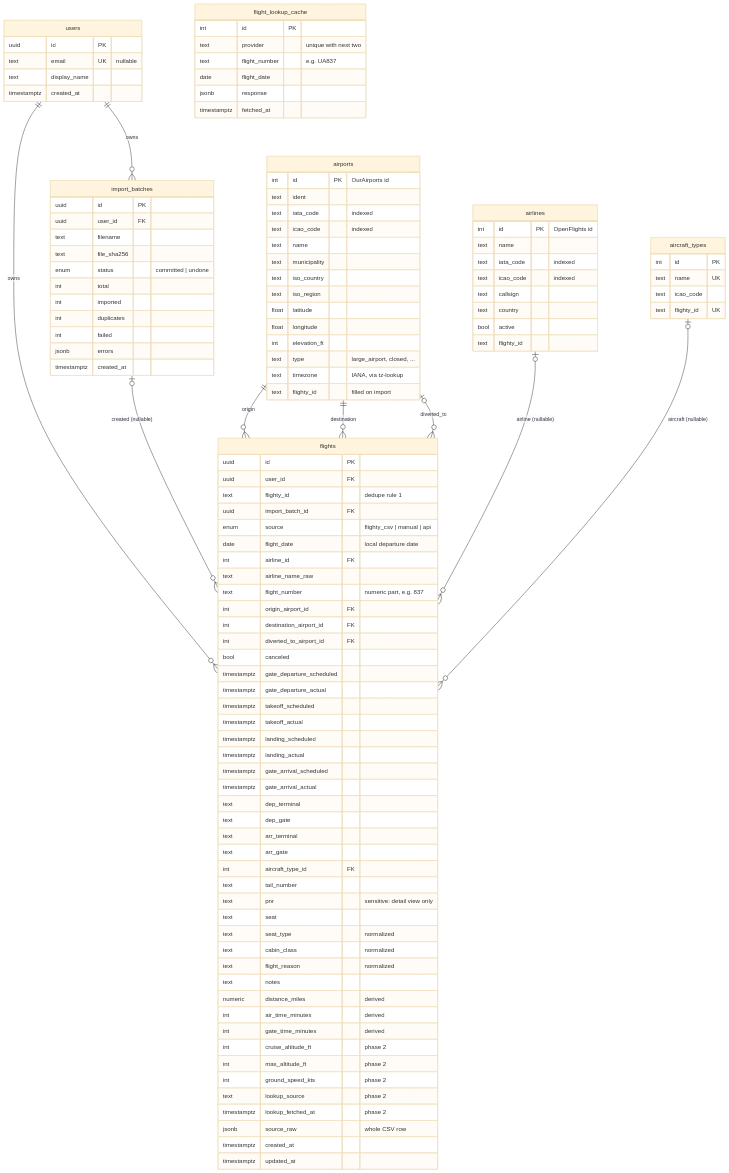
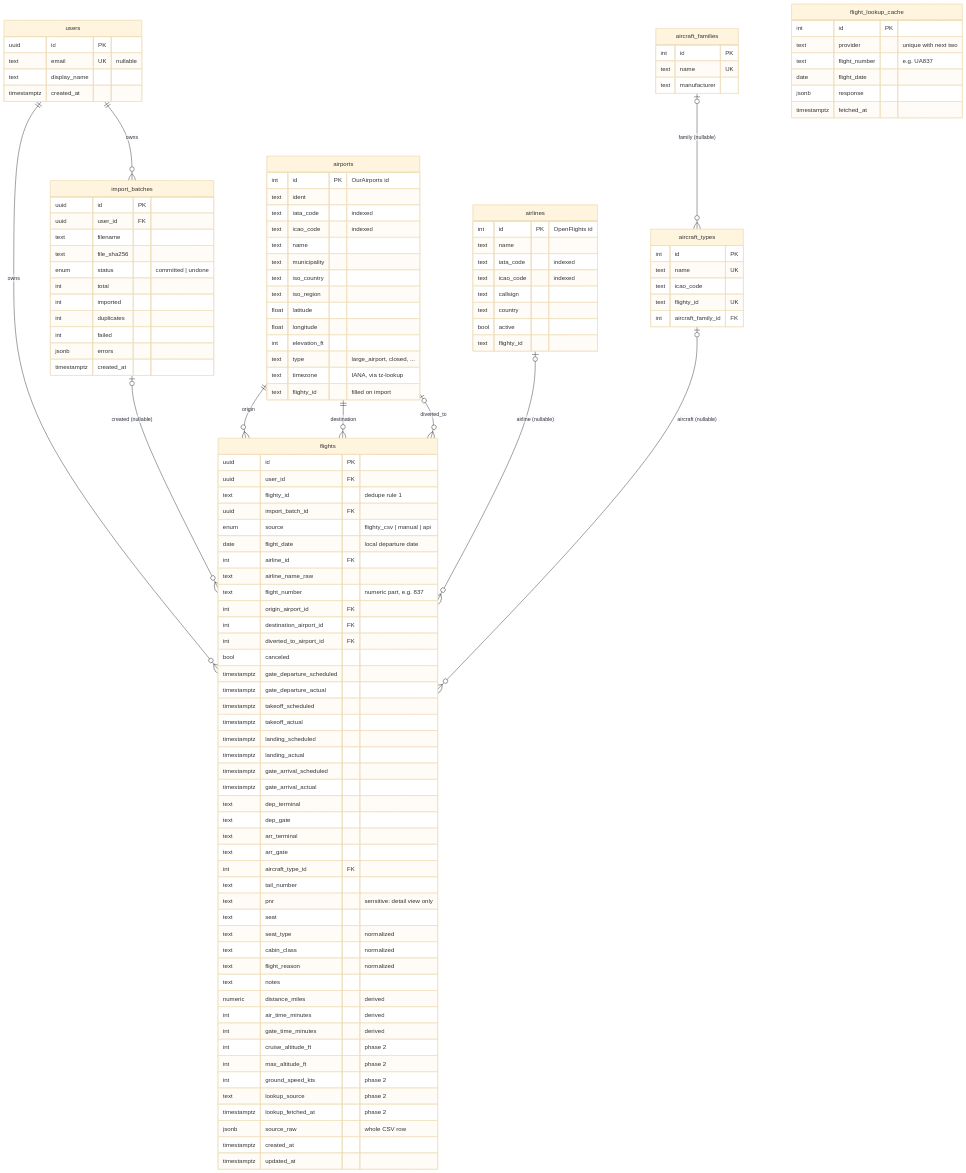
One commit to wyattmunson/flight-log changed the diagram in docs/data-model.md. Above: the diagram before and after it, drawn with Mermaid (base theme). The commit also changed other lines of this file and 23 other files, not shown here.

First line of the commit message:
feat: add aircraft families (data model, classifier, stats chart)

```diff
--- a/docs/data-model.md
+++ b/docs/data-model.md
@@ -12,6 +12,7 @@
   airports ||--o{ flights : "destination"
   airports |o--o{ flights : "diverted_to"
   airlines |o--o{ flights : "airline (nullable)"
+  aircraft_families |o--o{ aircraft_types : "family (nullable)"
   aircraft_types |o--o{ flights : "aircraft (nullable)"
 
   users {
@@ -51,6 +52,12 @@
     text name UK
     text icao_code
     text flighty_id UK
+    int aircraft_family_id FK
+  }
+  aircraft_families {
+    int id PK
+    text name UK
+    text manufacturer
   }
   flights {
     uuid id PK
```
